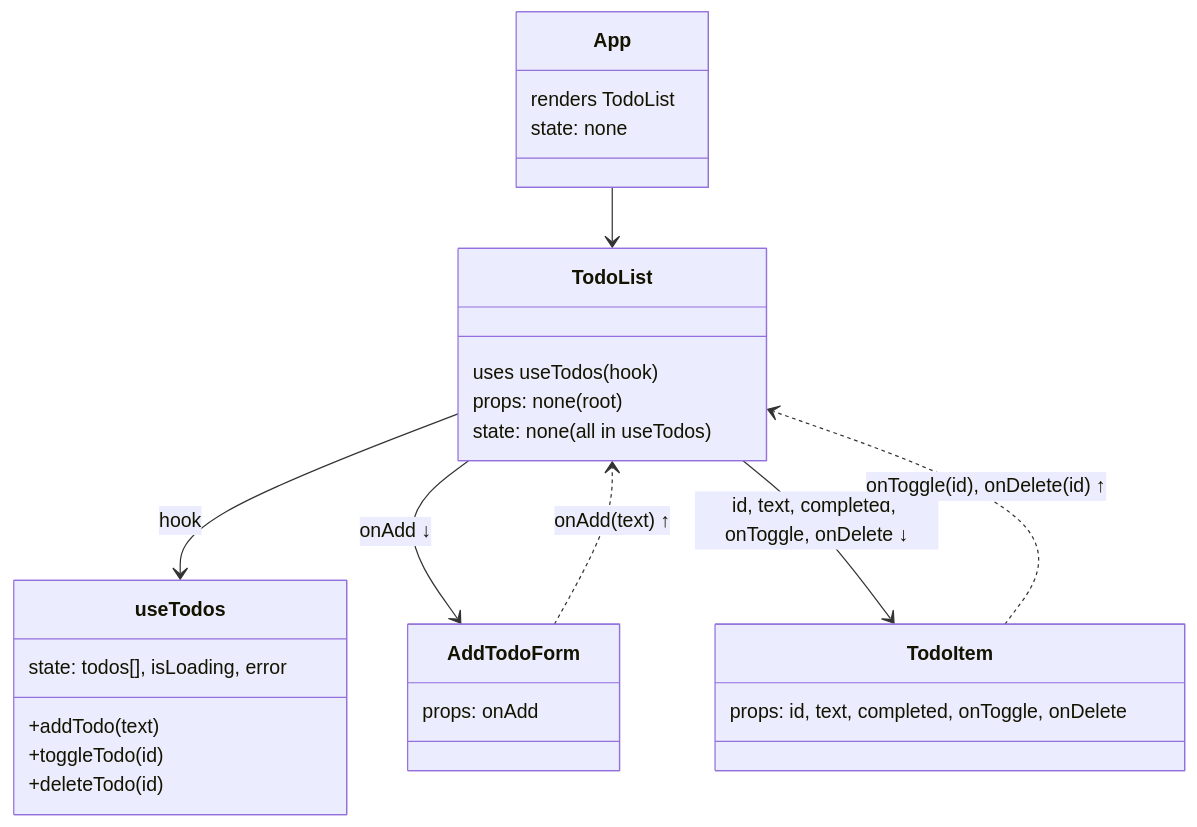
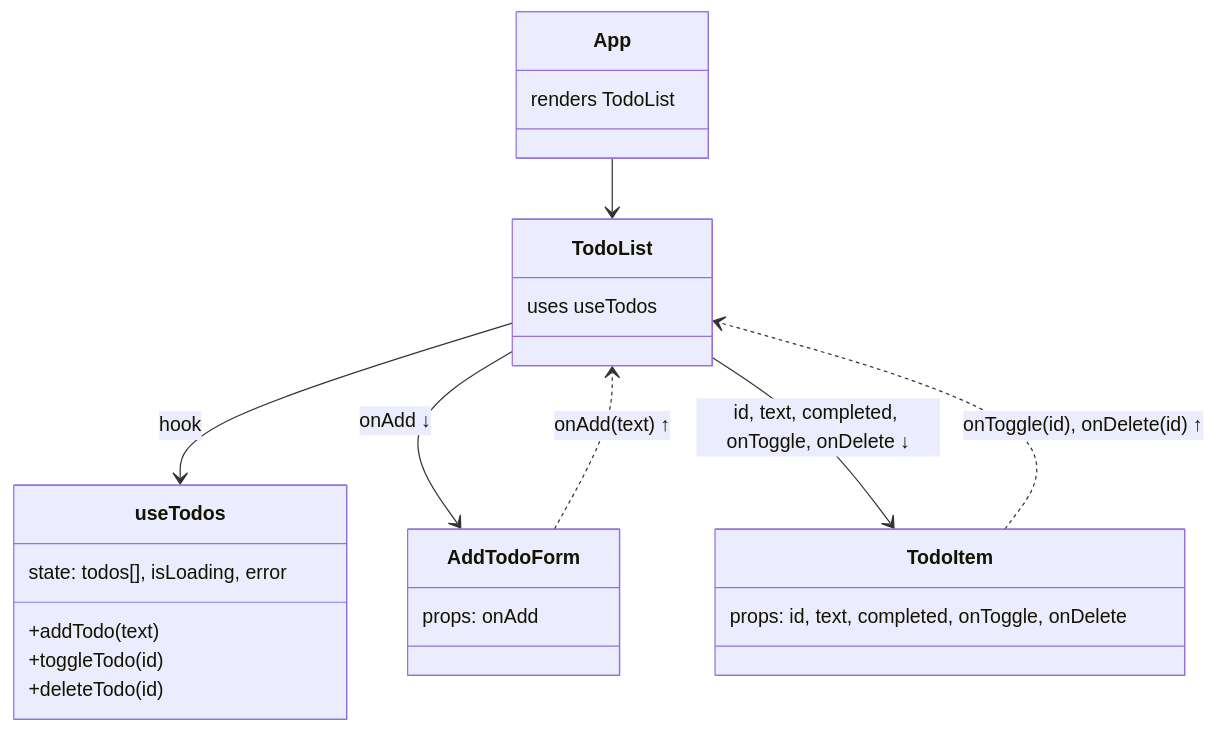
One commit to propop0/lab-5-6 changed the diagram in README.md. Above: the diagram before and after it, drawn with Mermaid. The commit also changed other lines of this file, not shown here.

````diff
--- a/README.md
+++ b/README.md
@@ -53,31 +15,28 @@
 ```mermaid
 classDiagram
   class App {
     renders TodoList
-    state: none
   }
   class TodoList {
-    uses useTodos (hook)
-    props: none (root)
-    state: none (all in useTodos)
+    uses useTodos
   }
   class useTodos {
     state: todos[], isLoading, error
     +addTodo(text)
     +toggleTodo(id)
     +deleteTodo(id)
   }
   class AddTodoForm {
     props: onAdd
   }
   class TodoItem {
     props: id, text, completed, onToggle, onDelete
   }
 
   App --> TodoList
   TodoList --> useTodos : hook
   TodoList --> AddTodoForm : onAdd ↓
   TodoList --> TodoItem : id, text, completed, onToggle, onDelete ↓
   AddTodoForm ..> TodoList : onAdd(text) ↑
   TodoItem ..> TodoList : onToggle(id), onDelete(id) ↑
 ```
````
